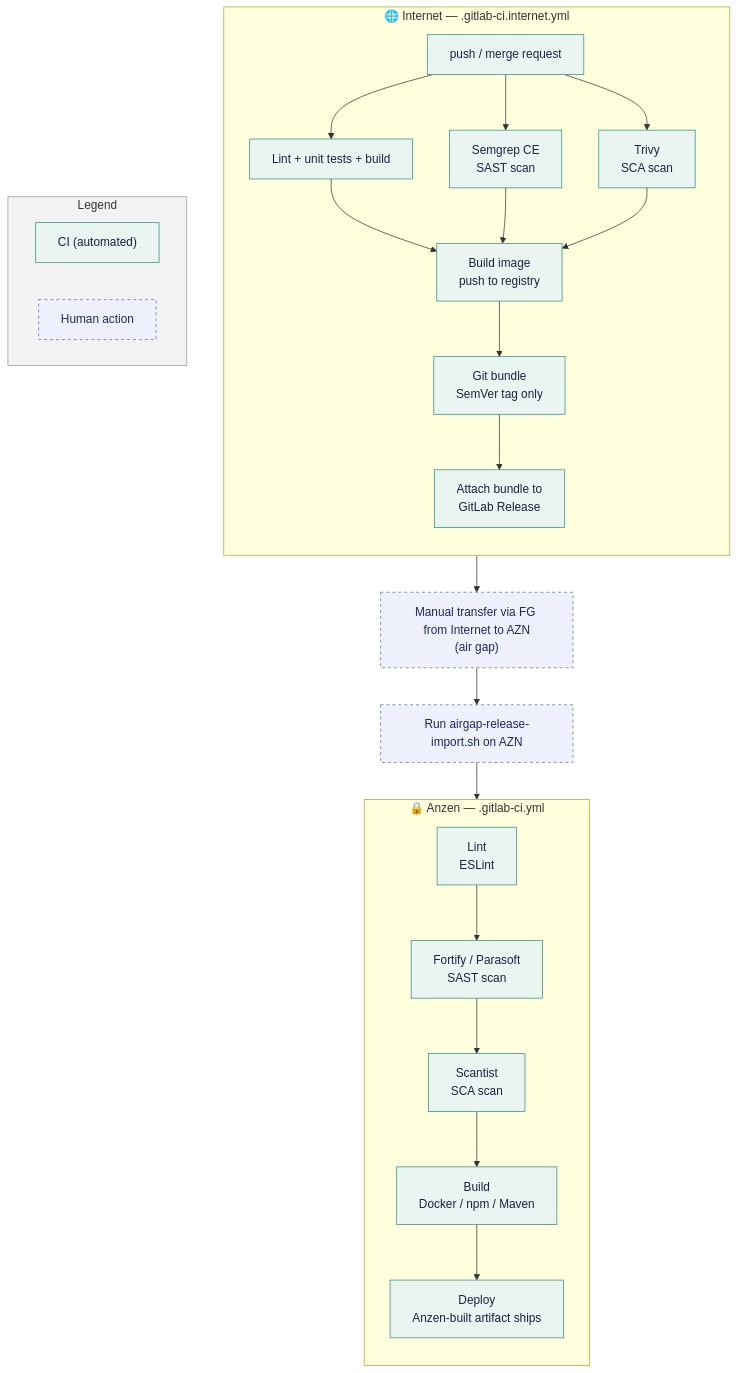
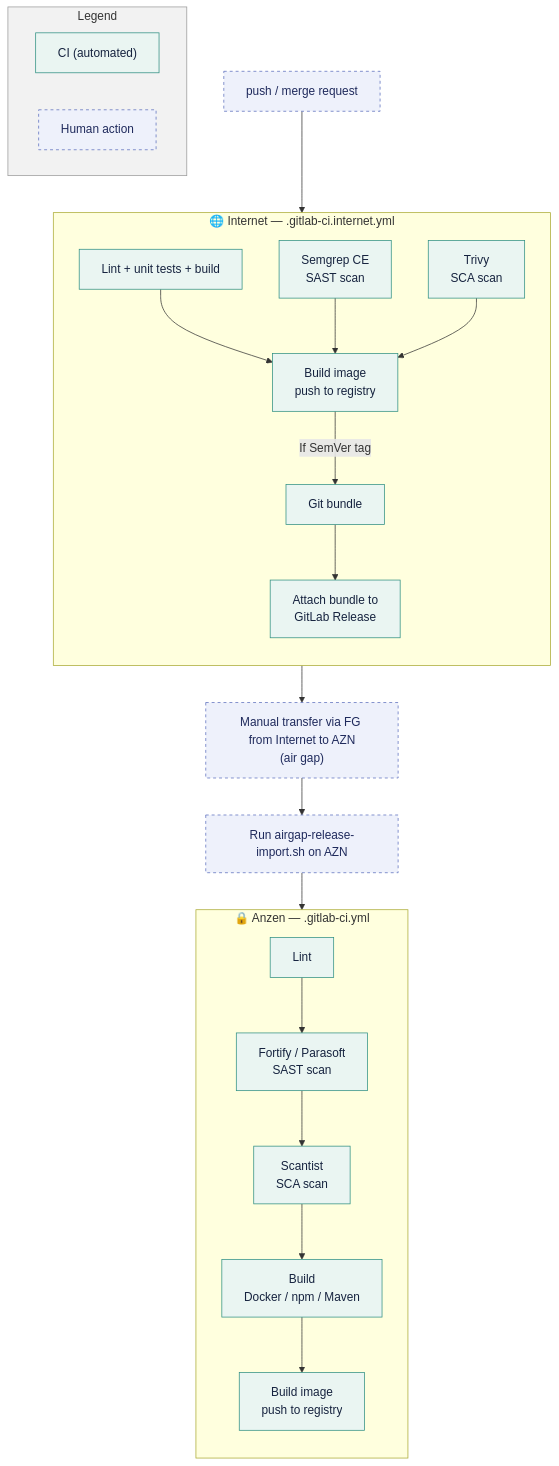
One commit to janesenaj42/internet-azn-sync changed the diagram in README.md. Above: the diagram before and after it, drawn with Mermaid. The commit also changed other lines of this file, not shown here.

````diff
--- a/README.md
+++ b/README.md
@@ -40,37 +37,38 @@
 ```mermaid
 flowchart TD
     classDef ci fill:#eaf5f2,stroke:#2f8f82,color:#16233f
     classDef human fill:#eef1fb,stroke:#5b6fbd,color:#1f2a5c,stroke-dasharray:4 4
- 
+
+    P["push / merge request"]:::human
+    P --> Internet
     subgraph Internet["🌐 Internet — .gitlab-ci.internet.yml"]
         direction TB
-        P["push / merge request"]:::ci
-        P --> I0["Lint + unit tests + build"]:::ci
-        P --> I1["Semgrep CE<br/>SAST scan"]:::ci
-        P --> I2["Trivy<br/>SCA scan"]:::ci
+        I0["Lint + unit tests + build"]:::ci
+        I1["Semgrep CE<br/>SAST scan"]:::ci
+        I2["Trivy<br/>SCA scan"]:::ci
         I0 --> I3["Build image<br/>push to registry"]:::ci
         I1 --> I3
         I2 --> I3
-        I3 --> I4["Git bundle<br/>SemVer tag only"]:::ci
+        I3 -- If SemVer tag --> I4["Git bundle"]:::ci
         I4 --> I5["Attach bundle to<br/>GitLab Release"]:::ci
     end
  
     I5 --> H1["Manual transfer via FG from Internet to AZN<br/>(air gap)"]:::human
     H1 --> H2["Run airgap-release-import.sh on AZN"]:::human
     H2 --> A0
  
     subgraph Anzen["🔒 Anzen — .gitlab-ci.yml"]
         direction TB
-        A0["Lint<br/>ESLint"]:::ci --> A1["Fortify / Parasoft<br/>SAST scan"]:::ci
+        A0["Lint"]:::ci --> A1["Fortify / Parasoft<br/>SAST scan"]:::ci
         A1 --> A1b["Scantist<br/>SCA scan"]:::ci
         A1b --> A2["Build<br/>Docker / npm / Maven"]:::ci
-        A2 --> A3["Deploy<br/>Anzen-built artifact ships"]:::ci
+        A2 --> A3["Build image<br/>push to registry"]:::ci
     end
  
     subgraph Legend["Legend"]
         direction LR
         LCI["CI (automated)"]:::ci
         LHuman["Human action"]:::human
     end
     style Legend fill:#f2f2f2,stroke:#9a9a9a,color:#333333
 ```
````
